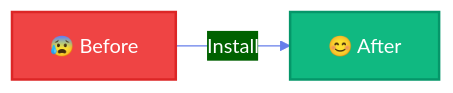
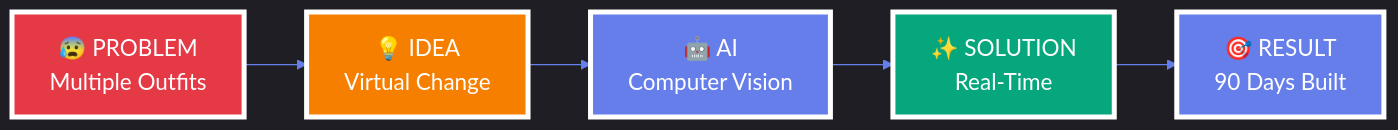
The first of 4 diagrams in readme.md (alam025/AI_Professional_Makeover), drawn with Mermaid before and after one commit. The commit also changed other lines of this file, not shown here.

````diff
--- a/readme.md
+++ b/readme.md
@@ -152,9 +79,14 @@
 ```mermaid
-%%{init: {'theme':'base', 'themeVariables': { 'primaryColor':'#667eea','primaryTextColor':'#fff','primaryBorderColor':'#7C0000','lineColor':'#667eea','secondaryColor':'#006100','tertiaryColor':'#fff'}}}%%
-
+%%{init: {'theme':'dark', 'themeVariables': { 'primaryColor':'#667EEA','secondaryColor':'#06A77D','tertiaryColor':'#F77F00','lineColor':'#667EEA','fontSize':'18px'}}}%%
 graph LR
-    A[😰 Before] -->|Install| B[😊 After]
+    A[😰 PROBLEM<br/>Multiple Outfits] --> B[💡 IDEA<br/>Virtual Change]
+    B --> C[🤖 AI<br/>Computer Vision]
+    C --> D[✨ SOLUTION<br/>Real-Time]
+    D --> E[🎯 RESULT<br/>90 Days Built]
     
-    style A fill:#ef4444,stroke:#dc2626,stroke-width:2px,color:#fff
-    style B fill:#10b981,stroke:#059669,stroke-width:2px,color:#fff
+    style A fill:#E63946,stroke:#fff,stroke-width:4px,color:#fff
+    style B fill:#F77F00,stroke:#fff,stroke-width:4px,color:#fff
+    style C fill:#667EEA,stroke:#fff,stroke-width:4px,color:#fff
+    style D fill:#06A77D,stroke:#fff,stroke-width:4px,color:#fff
+    style E fill:#667EEA,stroke:#fff,stroke-width:4px,color:#fff
 ```
````
